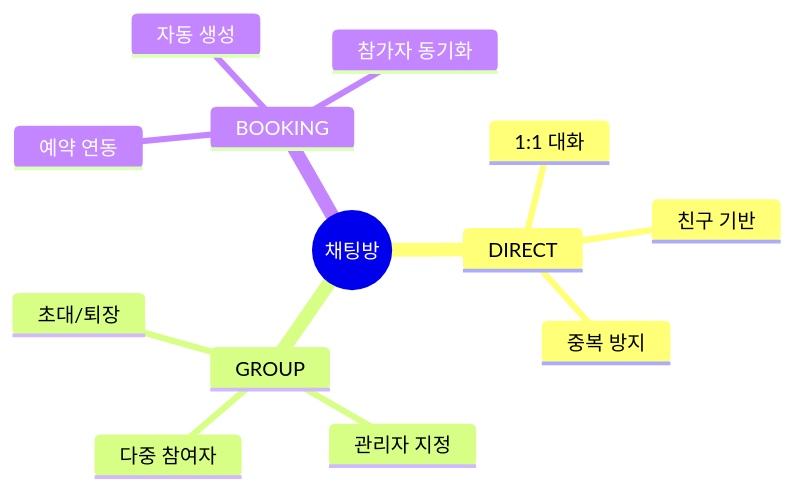
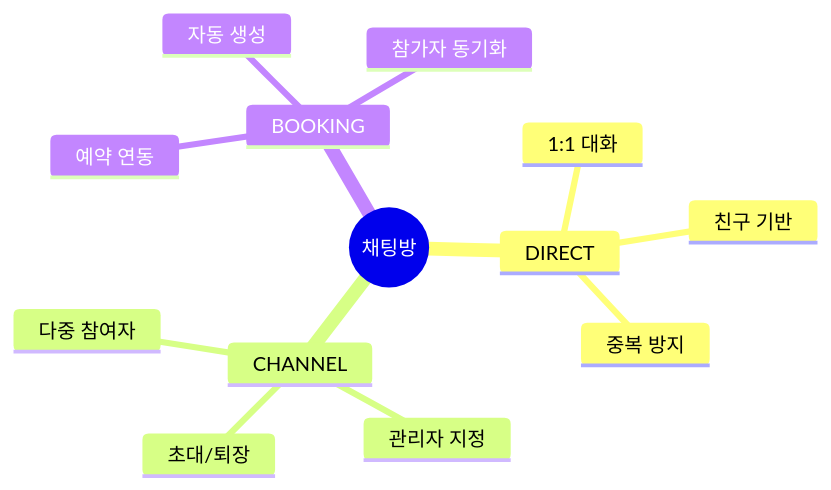
Before and after one commit to uniyous/parkgolf-platform: the first of 28 diagrams in docs/workflow/CHAT.md, drawn with Mermaid. The commit also changed other lines of this file and 3 other files, not shown here.

````diff
--- a/docs/workflow/CHAT.md
+++ b/docs/workflow/CHAT.md
@@ -36,16 +36,16 @@
 ```mermaid
 mindmap
   root((채팅방))
     DIRECT
       1:1 대화
       친구 기반
       중복 방지
-    GROUP
+    CHANNEL
       다중 참여자
       관리자 지정
       초대/퇴장
     BOOKING
       예약 연동
       자동 생성
       참가자 동기화
 ```
````
